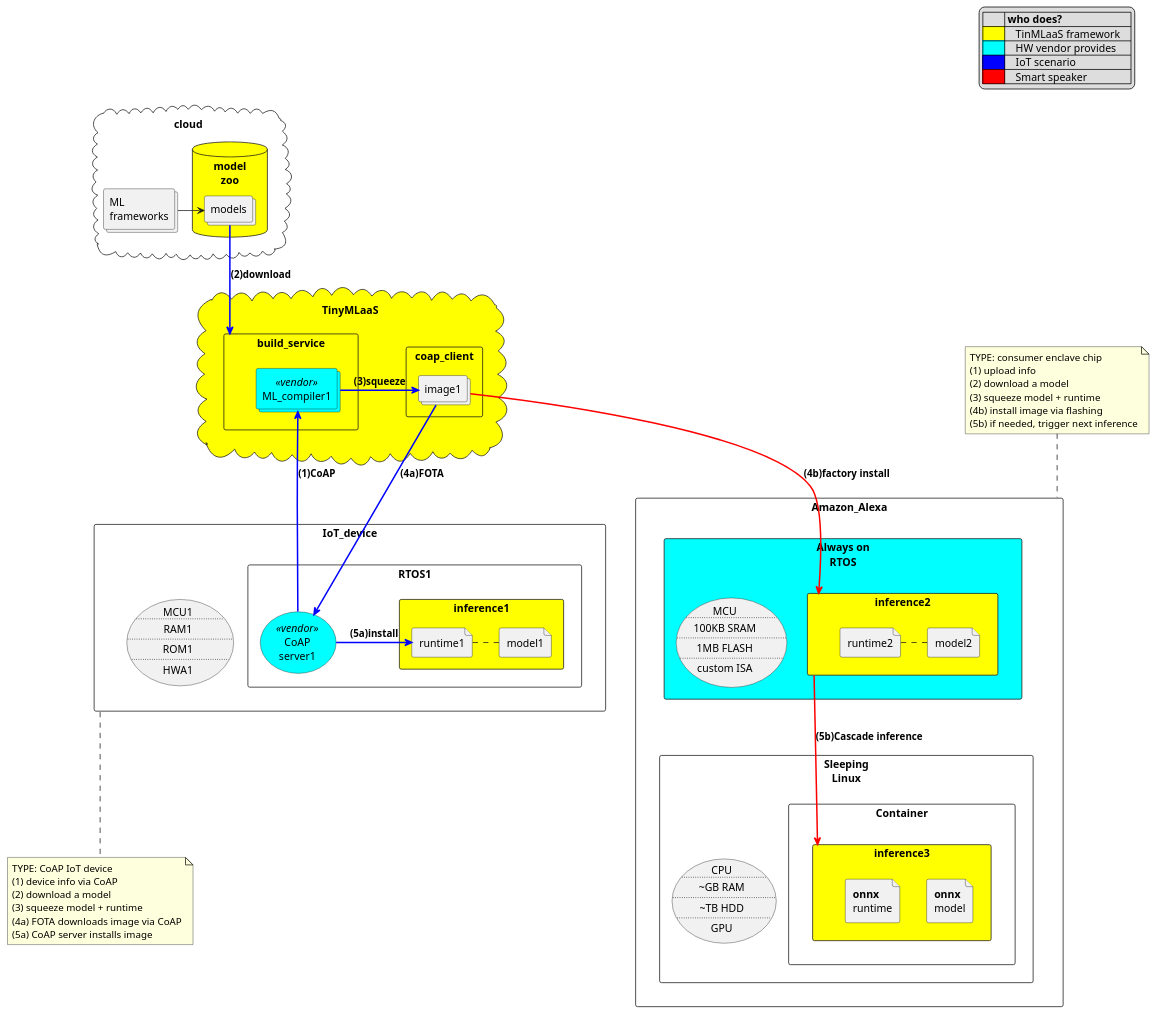
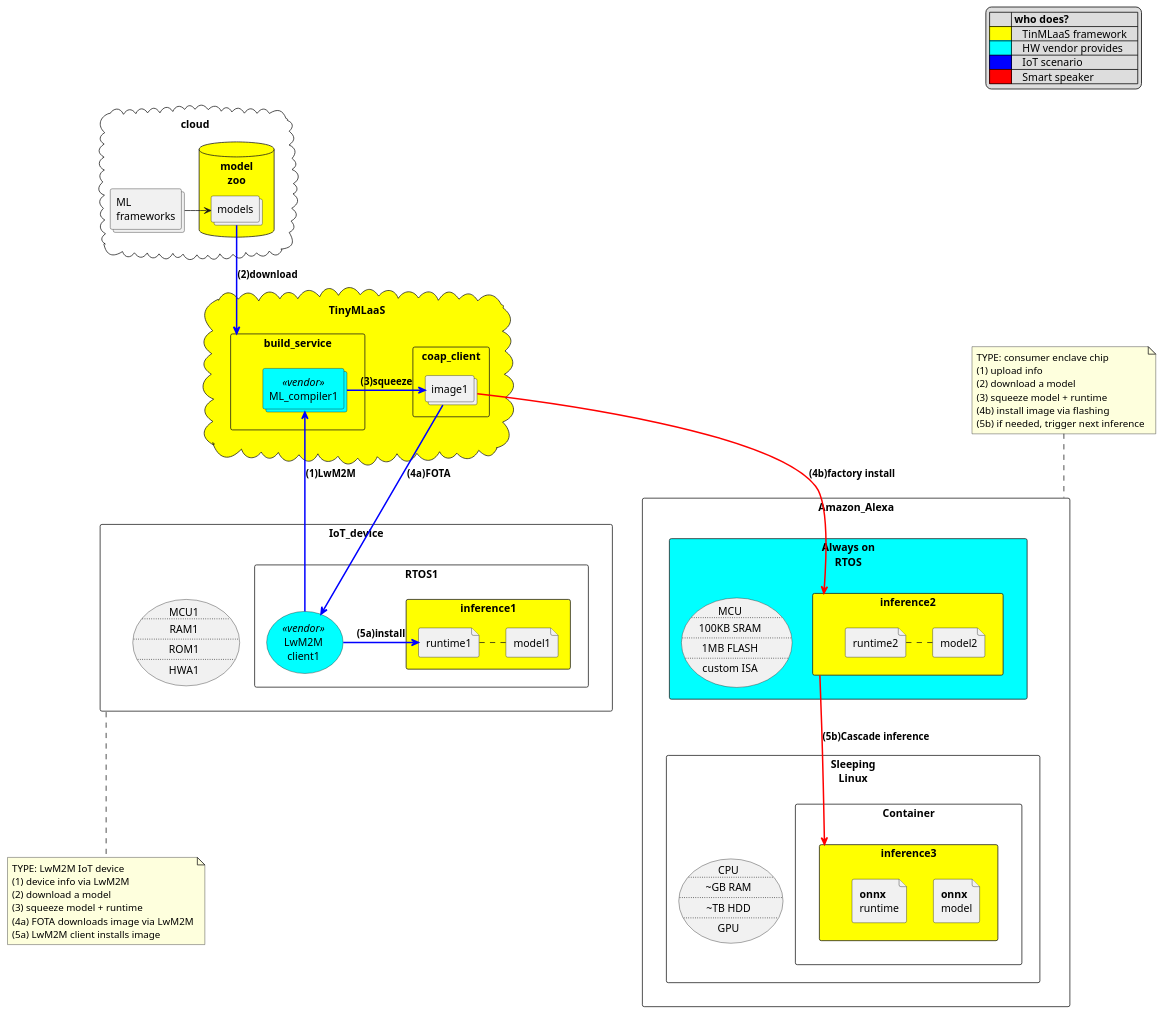
Before and after one commit to doyu/elc2019: the diagram in tmlaas.puml, drawn with PlantUML. The commit also changed 3 other files, not shown here.

```diff
--- a/tmlaas.puml
+++ b/tmlaas.puml
@@ -1,112 +1,112 @@
 @startuml
 
 'skinparam legendFontSize 28
 skinparam titleFontSize 28
 'title LFAI Collaboration
 
 cloud cloud {
         collections "ML\nframeworks" as mlf
         database model\nzoo #yellow {
                 collections models
         }
         mlf -> models
 }
 
 Cloud TinyMLaaS #yellow {
         rectangle build_service {
                 collections ML_compiler1 <<vendor>> #Aqua
         }
         rectangle coap_client {
                 collections image1
         }
         ML_compiler1 -[#blue,bold]> image1 : **(3)squeeze**
 }
 
 build_service <-[#blue,bold]up- models : **(2)download**
 
 rectangle IoT_device {
 	usecase device1 as "MCU1
                 ..
 	        RAM1
                 ..
 	        ROM1
                 ..
 		HWA1"
         rectangle RTOS1 {
-                (CoAP\nserver1) as coap_server1 <<vendor>> #Aqua
+                (LwM2M\nclient1) as coap_server1 <<vendor>> #Aqua
         	rectangle inference1 #yellow {
         	        file model1
         	        file runtime1
                         runtime1 .right. model1
         	}
         }
 }
 
-coap_server1 -[#blue,bold]up-> ML_compiler1 : **(1)CoAP**
+coap_server1 -[#blue,bold]up-> ML_compiler1 : **(1)LwM2M**
 image1 -[#blue,bold]down-> coap_server1 : **(4a)FOTA**
 coap_server1 -[#blue,bold]> runtime1 : **(5a)install**
 
 note bottom of IoT_device
-TYPE: CoAP IoT device
-(1) device info via CoAP
+TYPE: LwM2M IoT device
+(1) device info via LwM2M
 (2) download a model
 (3) squeeze model + runtime
-(4a) FOTA downloads image via CoAP
-(5a) CoAP server installs image
+(4a) FOTA downloads image via LwM2M
+(5a) LwM2M client installs image
 end note
 
 rectangle Amazon_Alexa {
         rectangle "Always on\nRTOS" #aqua {
 		usecase device2 as "MCU
 	                ..
 		        100KB SRAM
 	                ..
 		        1MB FLASH
 	                ..
 			custom ISA"
         	rectangle inference2 #yellow {
         	        file model2
         	        file runtime2
                         runtime2 .right. model2
         	}
         }
 	rectangle "Sleeping\nLinux" {
 		usecase device3 as "CPU
 	                ..
 		        ~GB RAM
 	                ..
 		        ~TB HDD
 	                ..
 			GPU"
 		rectangle Container {
         		rectangle inference3 #yellow {
         		        file "**onnx**\nmodel"
         		        file "**onnx**\nruntime"
         		}
 		}
 	}
 	inference2 .[#red,bold]down.> inference3 : **(5b)Cascade inference**
 }
 
 image1 .[#red,bold]down.> inference2 : **(4b)factory install**
 
 note top of Amazon_Alexa
 TYPE: consumer enclave chip
 (1) upload info
 (2) download a model
 (3) squeeze model + runtime
 (4b) install image via flashing
 (5b) if needed, trigger next inference
 end note
 
 
 legend top right
 |= |= who does? |
 |<back:yellow>        </back>|    TinMLaaS framework    |
 |<back:aqua>        </back>|    HW vendor provides    |
 |<back:blue>        </back>|    IoT scenario    |
 |<back:red>        </back>|    Smart speaker    |
 end legend
 
 
 @enduml
```
